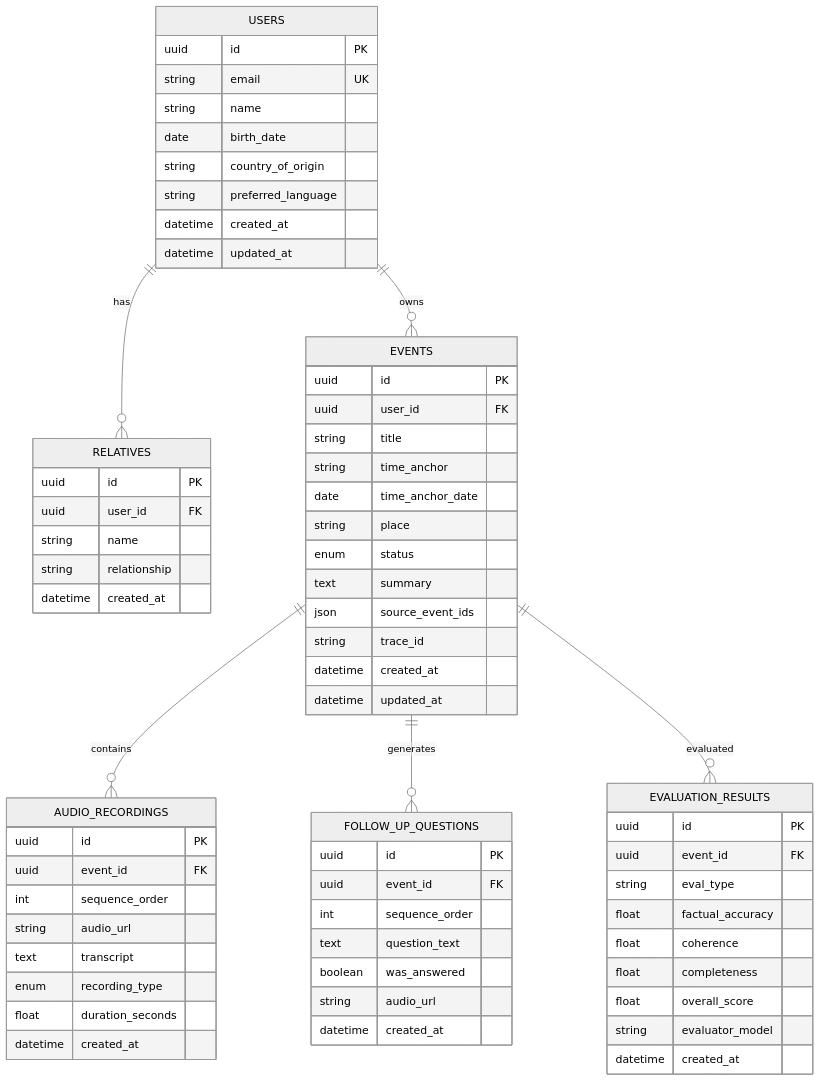
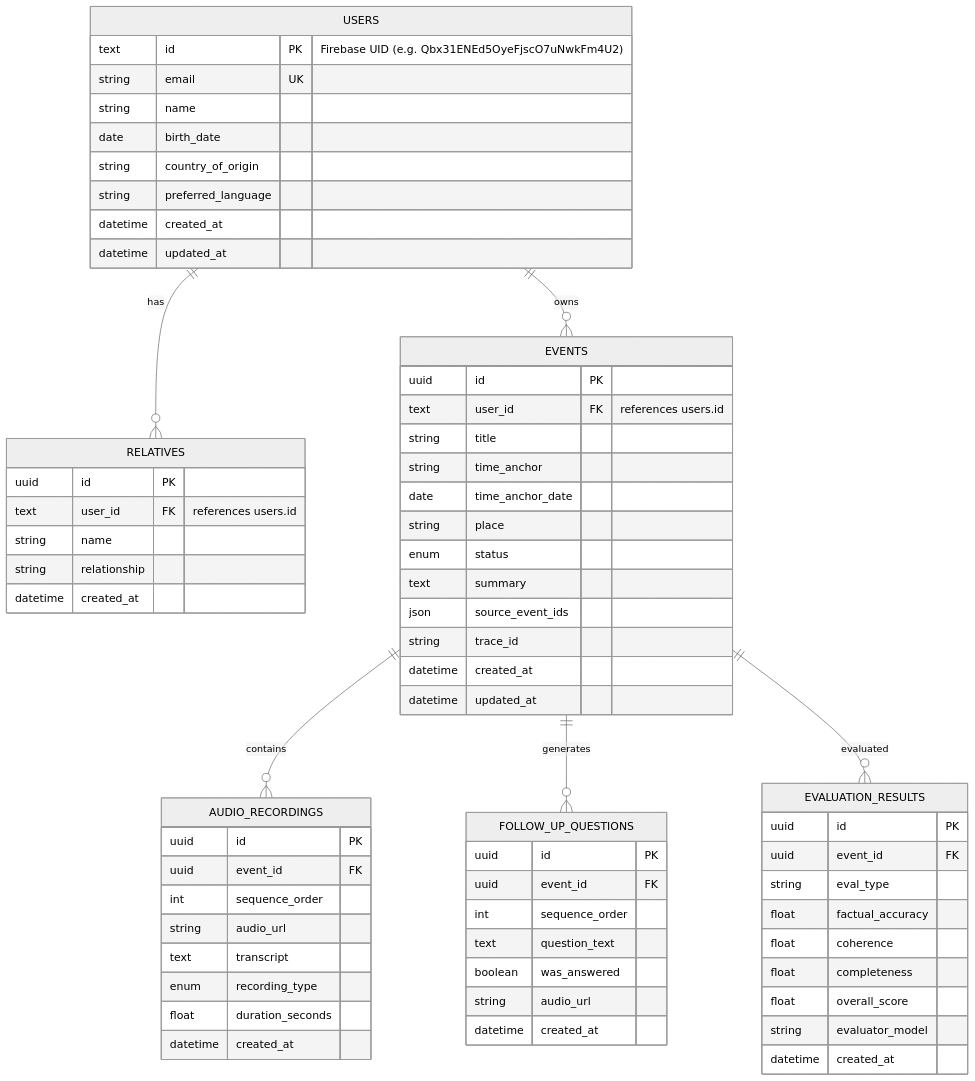
Before and after one commit to wszymilo/life-story-agent: the sixth of 9 diagrams in docs/system-design.md, drawn with Mermaid (neutral theme). The commit also changed other lines of this file and 72 other files, not shown here.

````diff
--- a/docs/system-design.md
+++ b/docs/system-design.md
@@ -386,75 +390,75 @@
 ```mermaid
 erDiagram
     USERS ||--o{ RELATIVES : has
     USERS ||--o{ EVENTS : owns
     EVENTS ||--o{ AUDIO_RECORDINGS : contains
     EVENTS ||--o{ FOLLOW_UP_QUESTIONS : generates
     EVENTS ||--o{ EVALUATION_RESULTS : evaluated
 
     USERS {
-        uuid id PK
+        text id PK "Firebase UID (e.g. Qbx31ENEd5OyeFjscO7uNwkFm4U2)"
         string email UK
         string name
         date birth_date
         string country_of_origin
         string preferred_language
         datetime created_at
         datetime updated_at
     }
 
     RELATIVES {
         uuid id PK
-        uuid user_id FK
+        text user_id FK "references users.id"
         string name
         string relationship
         datetime created_at
     }
 
     EVENTS {
         uuid id PK
-        uuid user_id FK
+        text user_id FK "references users.id"
         string title
         string time_anchor
         date time_anchor_date
         string place
         enum status
         text summary
         json source_event_ids
         string trace_id
         datetime created_at
         datetime updated_at
     }
 
     AUDIO_RECORDINGS {
         uuid id PK
         uuid event_id FK
         int sequence_order
         string audio_url
         text transcript
         enum recording_type
         float duration_seconds
         datetime created_at
     }
 
     FOLLOW_UP_QUESTIONS {
         uuid id PK
         uuid event_id FK
         int sequence_order
         text question_text
         boolean was_answered
         string audio_url
         datetime created_at
     }
 
     EVALUATION_RESULTS {
         uuid id PK
         uuid event_id FK
         string eval_type
         float factual_accuracy
         float coherence
         float completeness
         float overall_score
         string evaluator_model
         datetime created_at
     }
 ```
````
